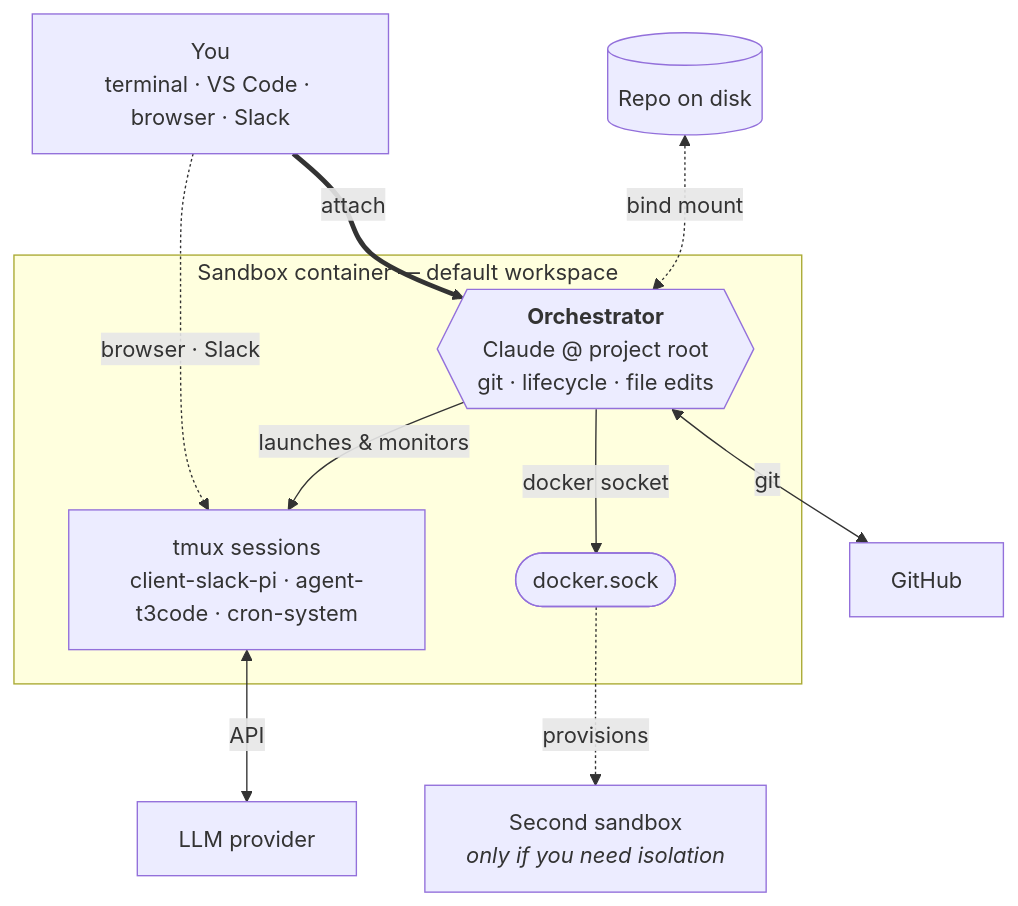
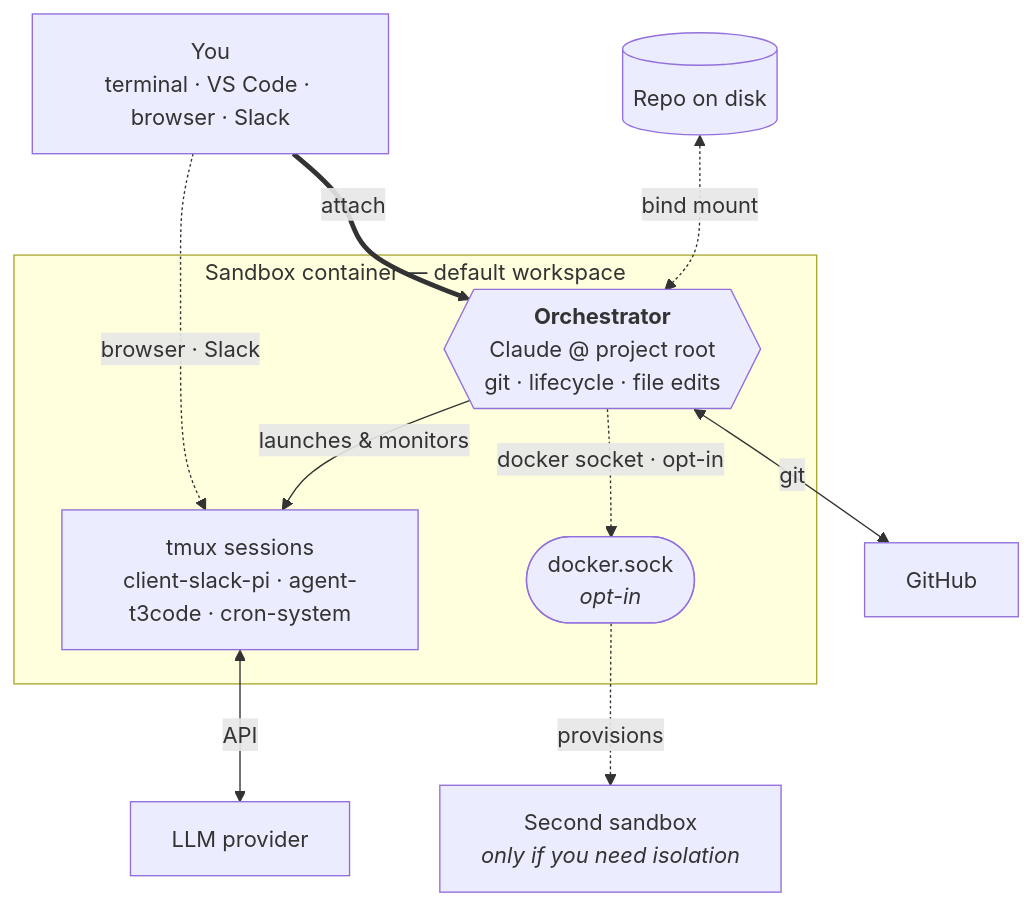
One commit to mifunedev/openharness changed the diagram in .oh/docs/intro.md. Above: the diagram before and after it, drawn with Mermaid. The commit also changed other lines of this file and 11 other files, not shown here.

````diff
--- a/.oh/docs/intro.md
+++ b/.oh/docs/intro.md
@@ -31,24 +31,24 @@
 ```mermaid
 flowchart TB
     You["You<br/>terminal · VS Code · browser · Slack"]
     Repo[("Repo on disk")]
     GH["GitHub"]
     LLM["LLM provider"]
 
     subgraph sandbox["Sandbox container — default workspace"]
         Orch{{"<b>Orchestrator</b><br/>Claude @ project root<br/>git · lifecycle · file edits"}}
         Tmux["tmux sessions<br/>client-slack-pi · agent-t3code · cron-system"]
-        Sock(["docker.sock"])
+        Sock(["docker.sock<br/><i>opt-in</i>"])
     end
 
     Sb2["Second sandbox<br/><i>only if you need isolation</i>"]
 
     You ==>|attach| Orch
     You -.->|browser · Slack| Tmux
     Repo <-.->|bind mount| Orch
     Orch -->|launches & monitors| Tmux
     Orch <-->|git| GH
     Tmux <-->|API| LLM
-    Orch -->|docker socket| Sock
+    Orch -.->|docker socket · opt-in| Sock
     Sock -.->|provisions| Sb2
 ```
````
